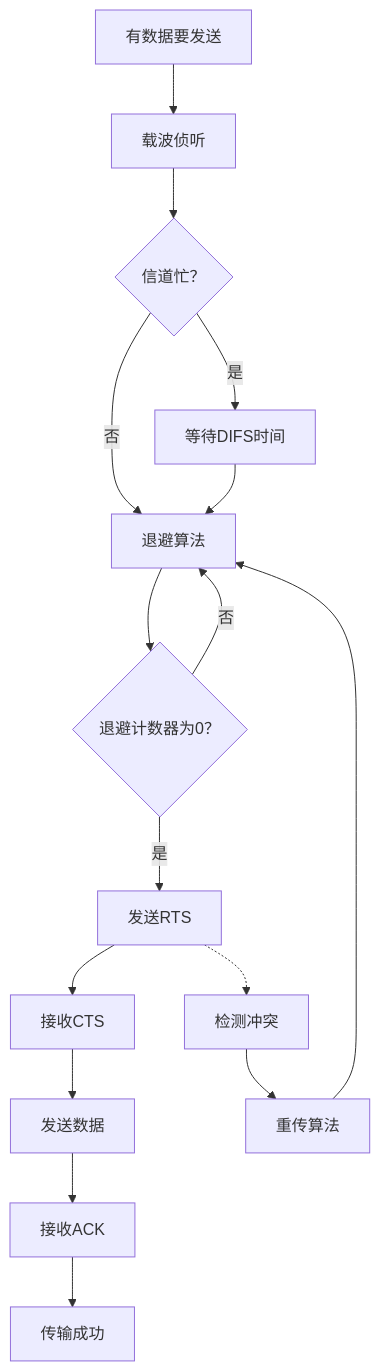
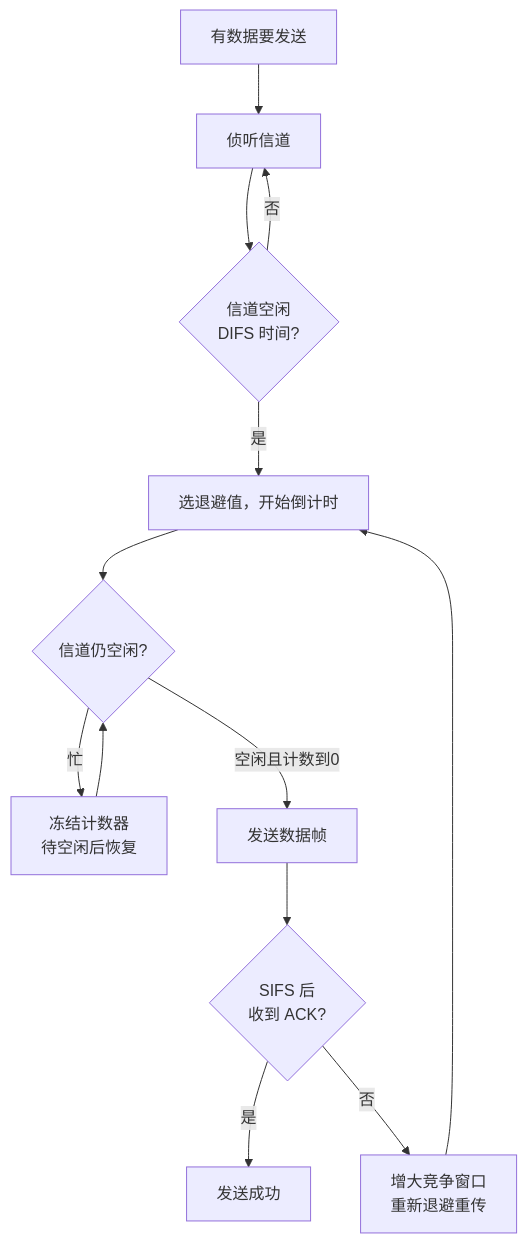
Before and after one commit to Dtheme/CS-base: the second of 5 diagrams in 计算机网络/7.3无线网络：WiFi技术.md, drawn with Mermaid. The commit also changed other lines of this file and 51 other files, not shown here.

````diff
--- a/计算机网络/7.3无线网络：WiFi技术.md
+++ b/计算机网络/7.3无线网络：WiFi技术.md
@@ -123,37 +97,15 @@
 ```mermaid
 flowchart TD
-    Start[有数据要发送]
-    
-    Sense[载波侦听]
-    Busy{信道忙？}
-    DIFS[等待DIFS时间]
-    
-    Backoff[退避算法]
-    Zero{退避计数器为0？}
-    
-    RTS[发送RTS]
-    CTS[接收CTS]
-    Data[发送数据]
-    ACK[接收ACK]
-    Success[传输成功]
-    
-    Collision[检测冲突]
-    Retry[重传算法]
-    
-    Start --> Sense
-    Sense --> Busy
-    Busy -->|是| DIFS
-    Busy -->|否| Backoff
-    DIFS --> Backoff
-    Backoff --> Zero
-    Zero -->|否| Backoff
-    Zero -->|是| RTS
-    RTS --> CTS
-    CTS --> Data
-    Data --> ACK
-    ACK --> Success
-    
-    RTS -.-> Collision
-    Collision --> Retry
-    Retry --> Backoff
+    A[有数据要发送] --> B[侦听信道]
+    B --> C{信道空闲<br/>DIFS 时间?}
+    C -->|否| B
+    C -->|是| D[选退避值，开始倒计时]
+    D --> E{信道仍空闲?}
+    E -->|忙| F[冻结计数器<br/>待空闲后恢复]
+    F --> E
+    E -->|空闲且计数到0| G[发送数据帧]
+    G --> H{SIFS 后<br/>收到 ACK?}
+    H -->|是| I[发送成功]
+    H -->|否| J[增大竞争窗口<br/>重新退避重传]
+    J --> D
 ```
````
